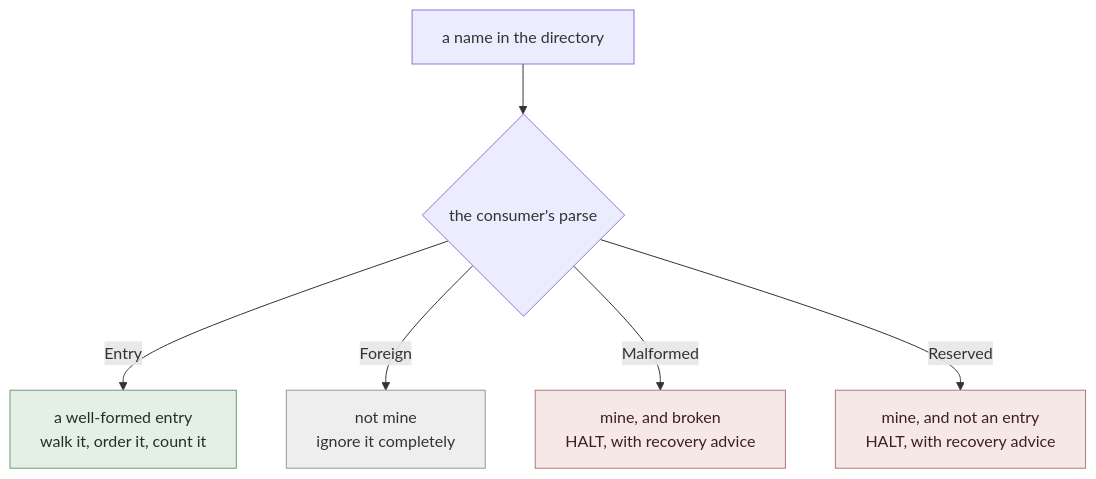
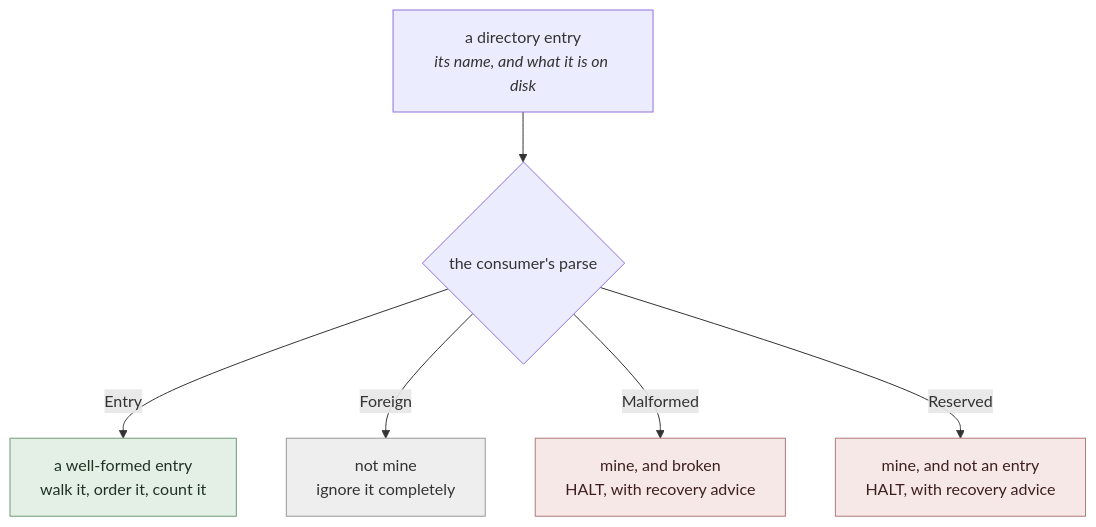
One commit to Linkuistics/grove changed the second of 4 diagrams in docs/ordinal-fs-tree/ARCHITECTURE.md. Above: the diagram before and after it, drawn with Mermaid. The commit also changed other lines of this file and 4 other files, not shown here.

````diff
--- a/docs/ordinal-fs-tree/ARCHITECTURE.md
+++ b/docs/ordinal-fs-tree/ARCHITECTURE.md
@@ -108,15 +117,15 @@
 ```mermaid
 flowchart TD
-    A["a name in the directory"] --> B{"the consumer's parse"}
+    A["a directory entry<br/><i>its name, and what it is on disk</i>"] --> B{"the consumer's parse"}
     B -->|"Entry"| C["a well-formed entry<br/>walk it, order it, count it"]
     B -->|"Foreign"| D["not mine<br/>ignore it completely"]
     B -->|"Malformed"| E["mine, and broken<br/>HALT, with recovery advice"]
     B -->|"Reserved"| F["mine, and not an entry<br/>HALT, with recovery advice"]
 
     classDef ok fill:#e4efe6,stroke:#6f9b78,color:#1f3324
     classDef ign fill:#eeeeee,stroke:#999999,color:#333333
     classDef bad fill:#f7e8e8,stroke:#b07a7a,color:#3d1f1f
     class C ok
     class D ign
     class E,F bad
 ```
````
